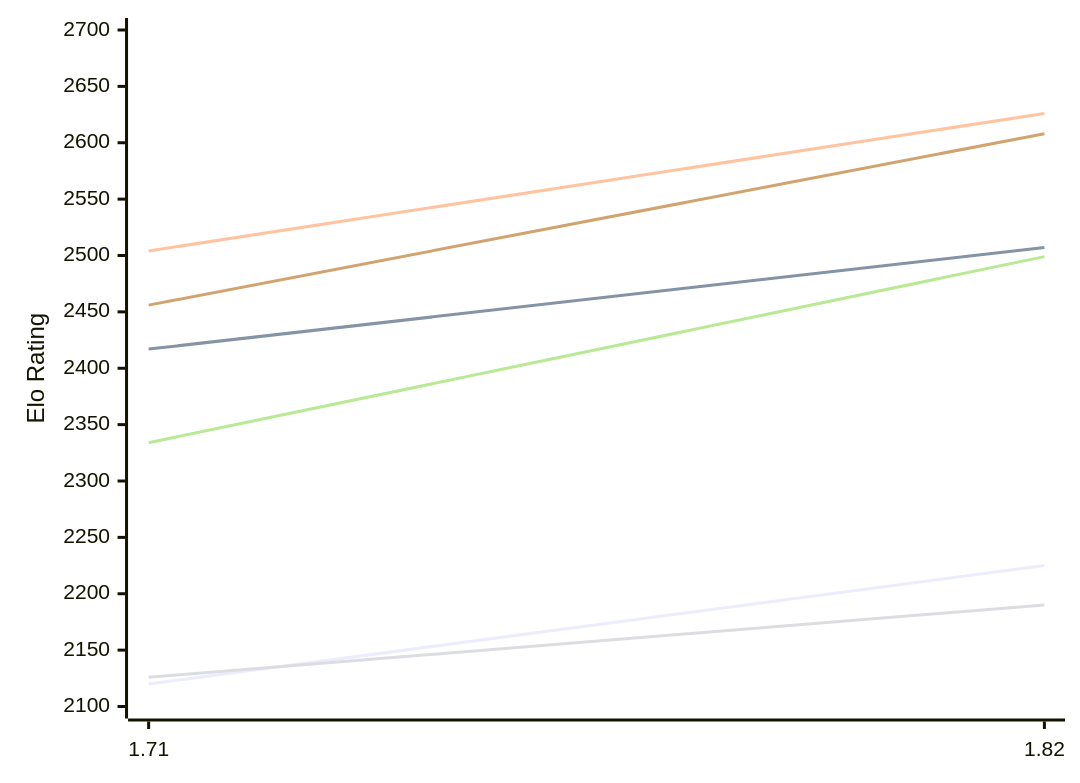
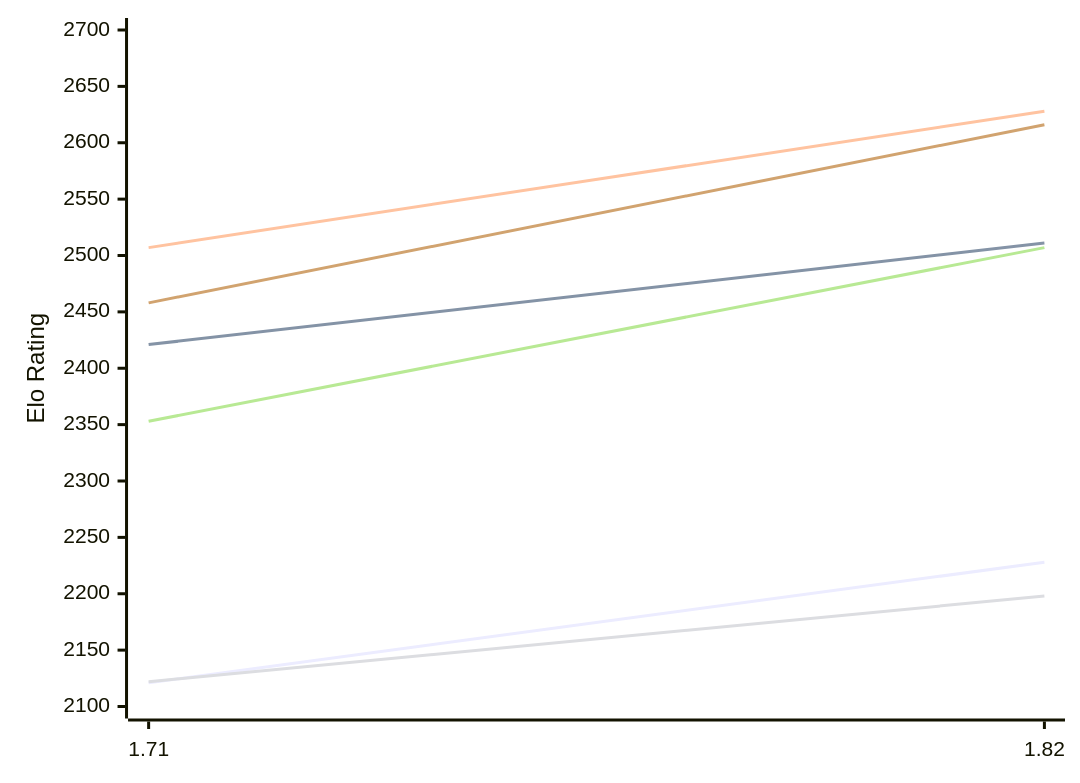
One commit to computer-chess-index/cci changed the first of 2 diagrams in engines/Amira.md. Above: the diagram before and after it, drawn with Mermaid. The commit also changed other lines of this file, not shown here.

Commit message:
Update CCI Ratings (ELO VLTC) - 2026-11-25

````diff
--- a/engines/Amira.md
+++ b/engines/Amira.md
@@ -50,12 +50,12 @@
 ```mermaid
 %%{init: {"theme":"base","themeVariables":{"seriesColors:['#a3a3a3','#222221','#faa371']}}}%%
 xychart-beta
   x-axis ["1.71", "1.82"]
   y-axis "Elo Rating" 2100 --> 2700
-  line "E1: STC (8.0+0.08s)" [2120, 2225]
-  line "E1: LTC (60.0+0.60s)" [2417, 2507]
-  line "E1: VLTC (2m24s+1.12s)" [2504, 2626]
-  line "P1: STC (8.0+0.08s)" [2126, 2190]
-  line "P1: LTC (60.0+0.60s)" [2334, 2499]
-  line "P1: VLTC (2m24s+1.12s)" [2456, 2608]
+  line "E1: STC (8.0+0.08s)" [2121, 2228]
+  line "E1: LTC (60.0+0.60s)" [2421, 2511]
+  line "E1: VLTC (2m24s+1.12s)" [2507, 2628]
+  line "P1: STC (8.0+0.08s)" [2122, 2198]
+  line "P1: LTC (60.0+0.60s)" [2353, 2507]
+  line "P1: VLTC (2m24s+1.12s)" [2458, 2616]
 ```
````
